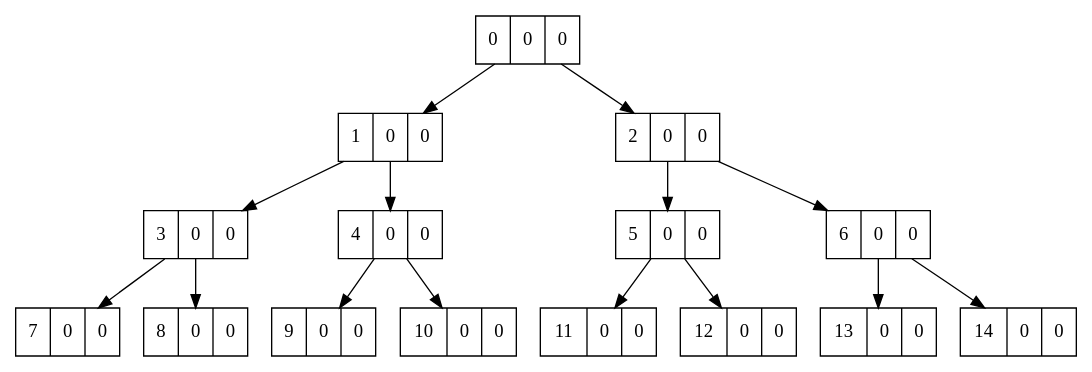
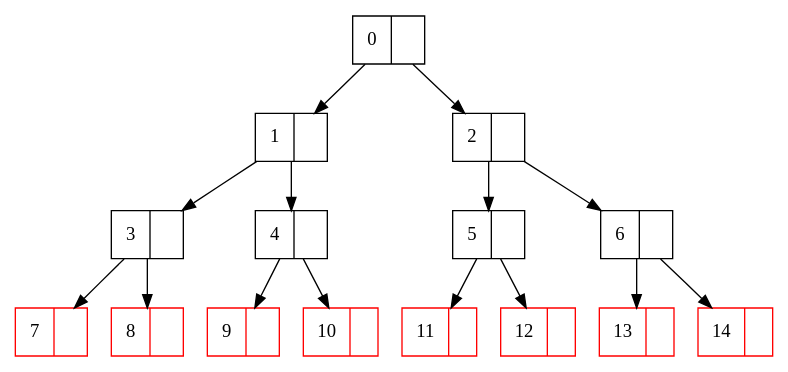
Before and after one commit to PratikDeoghare/phonebook: the diagram in img/init.dot, drawn with Graphviz. The commit also changed 8 other files, not shown here.

```diff
--- a/img/init.dot
+++ b/img/init.dot
@@ -1,31 +1,31 @@
 
 
 digraph {
     node [shape = record]
-    n0 [label = "0|0|0"]
-    n1 [label = "1|0|0"]
-    n2 [label = "2|0|0"]
-    n3 [label = "3|0|0"]
-    n4 [label = "4|0|0"]
-    n5 [label = "5|0|0"]
-    n6 [label = "6|0|0"]
-    n7 [label = "7|0|0"]
-    n8 [label = "8|0|0"]
-    n9 [label = "9|0|0"]
-    n10 [label = "10|0|0"]
-    n11 [label = "11|0|0"]
-    n12 [label = "12|0|0"]
-    n13 [label = "13|0|0"]
-    n14 [label = "14|0|0"]
+    n0 [label = "0|"]
+    n1 [label = "1|"]
+    n2 [label = "2|"]
+    n3 [label = "3|"]
+    n4 [label = "4|"]
+    n5 [label = "5|"]
+    n6 [label = "6|"]
+    n7 [label = "7|", color = red]
+    n8 [label = "8|", color = red]
+    n9 [label = "9|", color = red]
+    n10 [label = "10|", color = red]
+    n11 [label = "11|", color = red]
+    n12 [label = "12|", color = red]
+    n13 [label = "13|", color = red]
+    n14 [label = "14|", color = red]
 
 
 // graph 
     
     n0 -> {n1, n2}
     n1 -> {n3, n4}
     n2 -> {n5, n6}
     n3 -> {n7, n8}
     n4 -> {n9, n10}
     n5 -> {n11, n12}
     n6 -> {n13, n14}
 }
```
